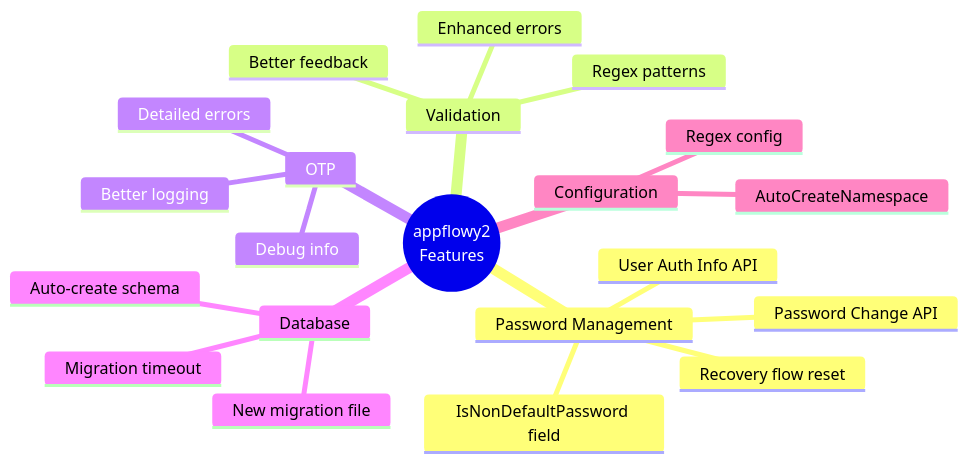
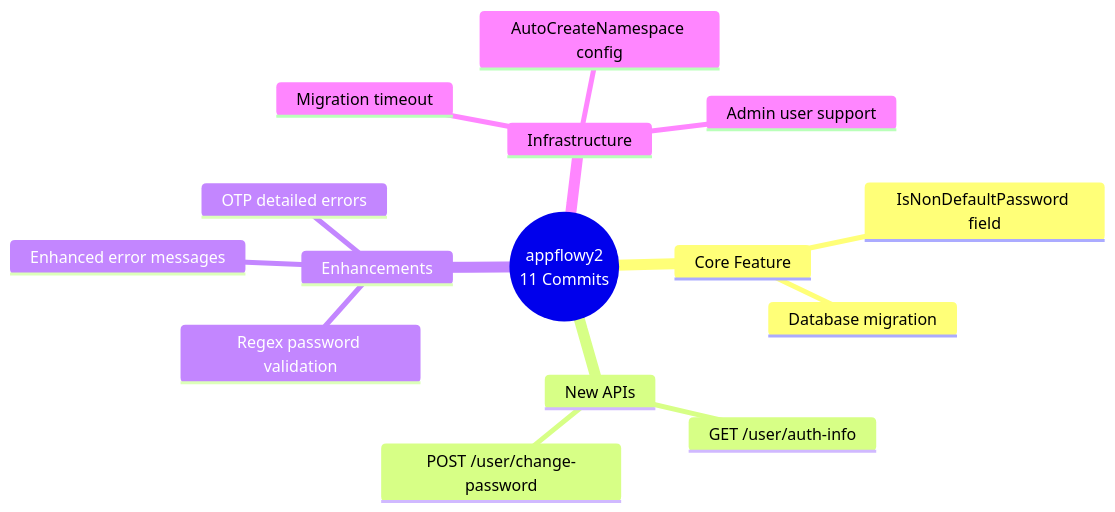
Before and after one commit to JonasMht/edelweiss-gotrue: the second of 6 diagrams in appflowy/APPFLOWY_BRANCH_MIGRATION_HISTORY.md, drawn with Mermaid. The commit also changed other lines of this file and 5 other files, not shown here.

````diff
--- a/appflowy/APPFLOWY_BRANCH_MIGRATION_HISTORY.md
+++ b/appflowy/APPFLOWY_BRANCH_MIGRATION_HISTORY.md
@@ -155,24 +41,18 @@
 ```mermaid
 mindmap
-  root((appflowy2<br/>Features))
-    Password Management
+  root((appflowy2<br/>11 Commits))
+    Core Feature
       IsNonDefaultPassword field
-      User Auth Info API
-      Password Change API
-      Recovery flow reset
-    Validation
-      Regex patterns
-      Enhanced errors
-      Better feedback
-    OTP
-      Detailed errors
-      Better logging
-      Debug info
-    Database
-      Auto-create schema
+      Database migration
+    New APIs
+      GET /user/auth-info
+      POST /user/change-password
+    Enhancements
+      Regex password validation
+      Enhanced error messages
+      OTP detailed errors
+    Infrastructure
+      AutoCreateNamespace config
       Migration timeout
-      New migration file
-    Configuration
-      AutoCreateNamespace
-      Regex config
+      Admin user support
 ```
````
